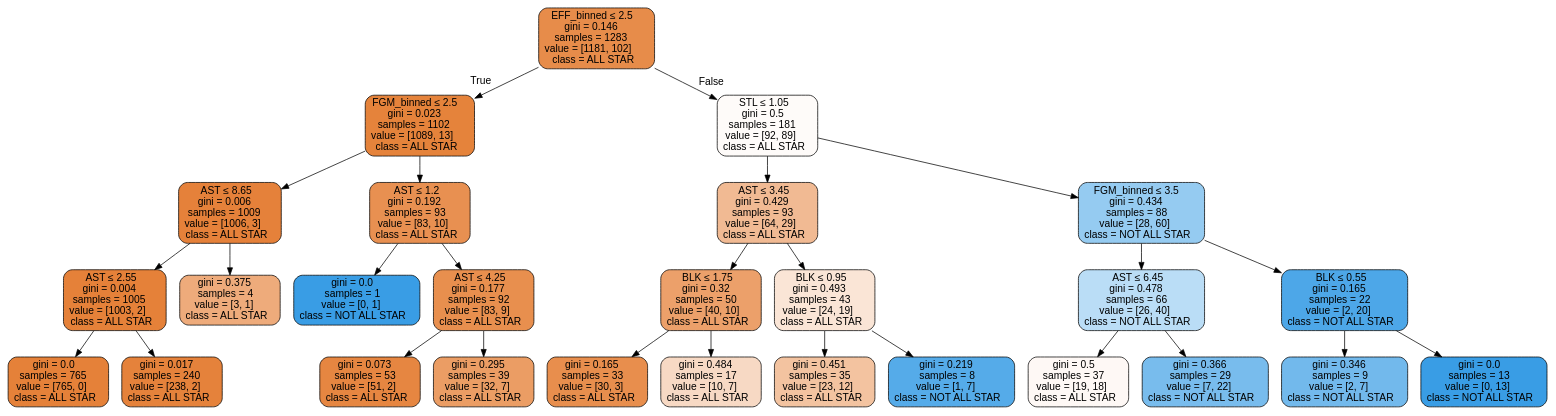
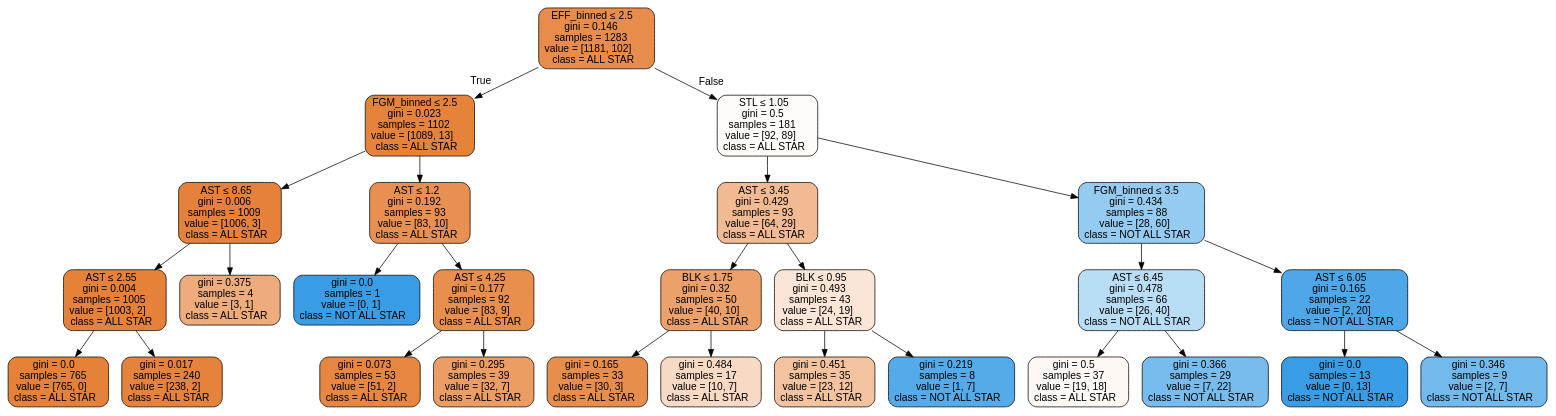
The diagram in Code/NBA-Proj/temp.dot (eldar-shm/FinalProject-DataScience), drawn with Graphviz before and after one commit. The commit also changed 4 other files, not shown here.

```diff
--- a/Code/NBA-Proj/temp.dot
+++ b/Code/NBA-Proj/temp.dot
@@ -1,57 +1,57 @@
 digraph Tree {
 node [shape=box, style="filled, rounded", color="black", fontname="helvetica"] ;
 edge [fontname="helvetica"] ;
 0 [label=<EFF_binned &le; 2.5<br/>gini = 0.146<br/>samples = 1283<br/>value = [1181, 102]<br/>class = ALL STAR>, fillcolor="#e78c4a"] ;
 1 [label=<FGM_binned &le; 2.5<br/>gini = 0.023<br/>samples = 1102<br/>value = [1089, 13]<br/>class = ALL STAR>, fillcolor="#e5833b"] ;
 0 -> 1 [labeldistance=2.5, labelangle=45, headlabel="True"] ;
 2 [label=<AST &le; 8.65<br/>gini = 0.006<br/>samples = 1009<br/>value = [1006, 3]<br/>class = ALL STAR>, fillcolor="#e5813a"] ;
 1 -> 2 ;
 3 [label=<AST &le; 2.55<br/>gini = 0.004<br/>samples = 1005<br/>value = [1003, 2]<br/>class = ALL STAR>, fillcolor="#e58139"] ;
 2 -> 3 ;
 4 [label=<gini = 0.0<br/>samples = 765<br/>value = [765, 0]<br/>class = ALL STAR>, fillcolor="#e58139"] ;
 3 -> 4 ;
 5 [label=<gini = 0.017<br/>samples = 240<br/>value = [238, 2]<br/>class = ALL STAR>, fillcolor="#e5823b"] ;
 3 -> 5 ;
 6 [label=<gini = 0.375<br/>samples = 4<br/>value = [3, 1]<br/>class = ALL STAR>, fillcolor="#eeab7b"] ;
 2 -> 6 ;
 7 [label=<AST &le; 1.2<br/>gini = 0.192<br/>samples = 93<br/>value = [83, 10]<br/>class = ALL STAR>, fillcolor="#e89051"] ;
 1 -> 7 ;
 8 [label=<gini = 0.0<br/>samples = 1<br/>value = [0, 1]<br/>class = NOT ALL STAR>, fillcolor="#399de5"] ;
 7 -> 8 ;
 9 [label=<AST &le; 4.25<br/>gini = 0.177<br/>samples = 92<br/>value = [83, 9]<br/>class = ALL STAR>, fillcolor="#e88f4e"] ;
 7 -> 9 ;
 10 [label=<gini = 0.073<br/>samples = 53<br/>value = [51, 2]<br/>class = ALL STAR>, fillcolor="#e68641"] ;
 9 -> 10 ;
 11 [label=<gini = 0.295<br/>samples = 39<br/>value = [32, 7]<br/>class = ALL STAR>, fillcolor="#eb9d64"] ;
 9 -> 11 ;
 12 [label=<STL &le; 1.05<br/>gini = 0.5<br/>samples = 181<br/>value = [92, 89]<br/>class = ALL STAR>, fillcolor="#fefbf9"] ;
 0 -> 12 [labeldistance=2.5, labelangle=-45, headlabel="False"] ;
 13 [label=<AST &le; 3.45<br/>gini = 0.429<br/>samples = 93<br/>value = [64, 29]<br/>class = ALL STAR>, fillcolor="#f1ba93"] ;
 12 -> 13 ;
 14 [label=<BLK &le; 1.75<br/>gini = 0.32<br/>samples = 50<br/>value = [40, 10]<br/>class = ALL STAR>, fillcolor="#eca06a"] ;
 13 -> 14 ;
 15 [label=<gini = 0.165<br/>samples = 33<br/>value = [30, 3]<br/>class = ALL STAR>, fillcolor="#e88e4d"] ;
 14 -> 15 ;
 16 [label=<gini = 0.484<br/>samples = 17<br/>value = [10, 7]<br/>class = ALL STAR>, fillcolor="#f7d9c4"] ;
 14 -> 16 ;
 17 [label=<BLK &le; 0.95<br/>gini = 0.493<br/>samples = 43<br/>value = [24, 19]<br/>class = ALL STAR>, fillcolor="#fae5d6"] ;
 13 -> 17 ;
 18 [label=<gini = 0.451<br/>samples = 35<br/>value = [23, 12]<br/>class = ALL STAR>, fillcolor="#f3c3a0"] ;
 17 -> 18 ;
 19 [label=<gini = 0.219<br/>samples = 8<br/>value = [1, 7]<br/>class = NOT ALL STAR>, fillcolor="#55abe9"] ;
 17 -> 19 ;
 20 [label=<FGM_binned &le; 3.5<br/>gini = 0.434<br/>samples = 88<br/>value = [28, 60]<br/>class = NOT ALL STAR>, fillcolor="#95cbf1"] ;
 12 -> 20 ;
 21 [label=<AST &le; 6.45<br/>gini = 0.478<br/>samples = 66<br/>value = [26, 40]<br/>class = NOT ALL STAR>, fillcolor="#baddf6"] ;
 20 -> 21 ;
 22 [label=<gini = 0.5<br/>samples = 37<br/>value = [19, 18]<br/>class = ALL STAR>, fillcolor="#fef8f5"] ;
 21 -> 22 ;
 23 [label=<gini = 0.366<br/>samples = 29<br/>value = [7, 22]<br/>class = NOT ALL STAR>, fillcolor="#78bced"] ;
 21 -> 23 ;
-24 [label=<BLK &le; 0.55<br/>gini = 0.165<br/>samples = 22<br/>value = [2, 20]<br/>class = NOT ALL STAR>, fillcolor="#4da7e8"] ;
+24 [label=<AST &le; 6.05<br/>gini = 0.165<br/>samples = 22<br/>value = [2, 20]<br/>class = NOT ALL STAR>, fillcolor="#4da7e8"] ;
 20 -> 24 ;
-25 [label=<gini = 0.346<br/>samples = 9<br/>value = [2, 7]<br/>class = NOT ALL STAR>, fillcolor="#72b9ec"] ;
+25 [label=<gini = 0.0<br/>samples = 13<br/>value = [0, 13]<br/>class = NOT ALL STAR>, fillcolor="#399de5"] ;
 24 -> 25 ;
-26 [label=<gini = 0.0<br/>samples = 13<br/>value = [0, 13]<br/>class = NOT ALL STAR>, fillcolor="#399de5"] ;
+26 [label=<gini = 0.346<br/>samples = 9<br/>value = [2, 7]<br/>class = NOT ALL STAR>, fillcolor="#72b9ec"] ;
 24 -> 26 ;
 }
```
